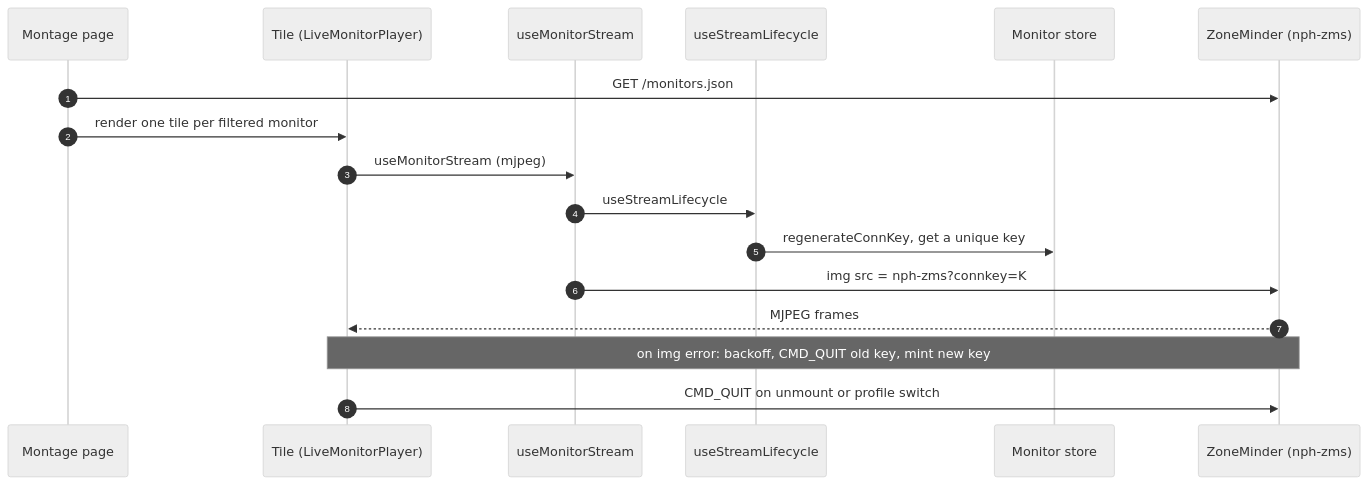
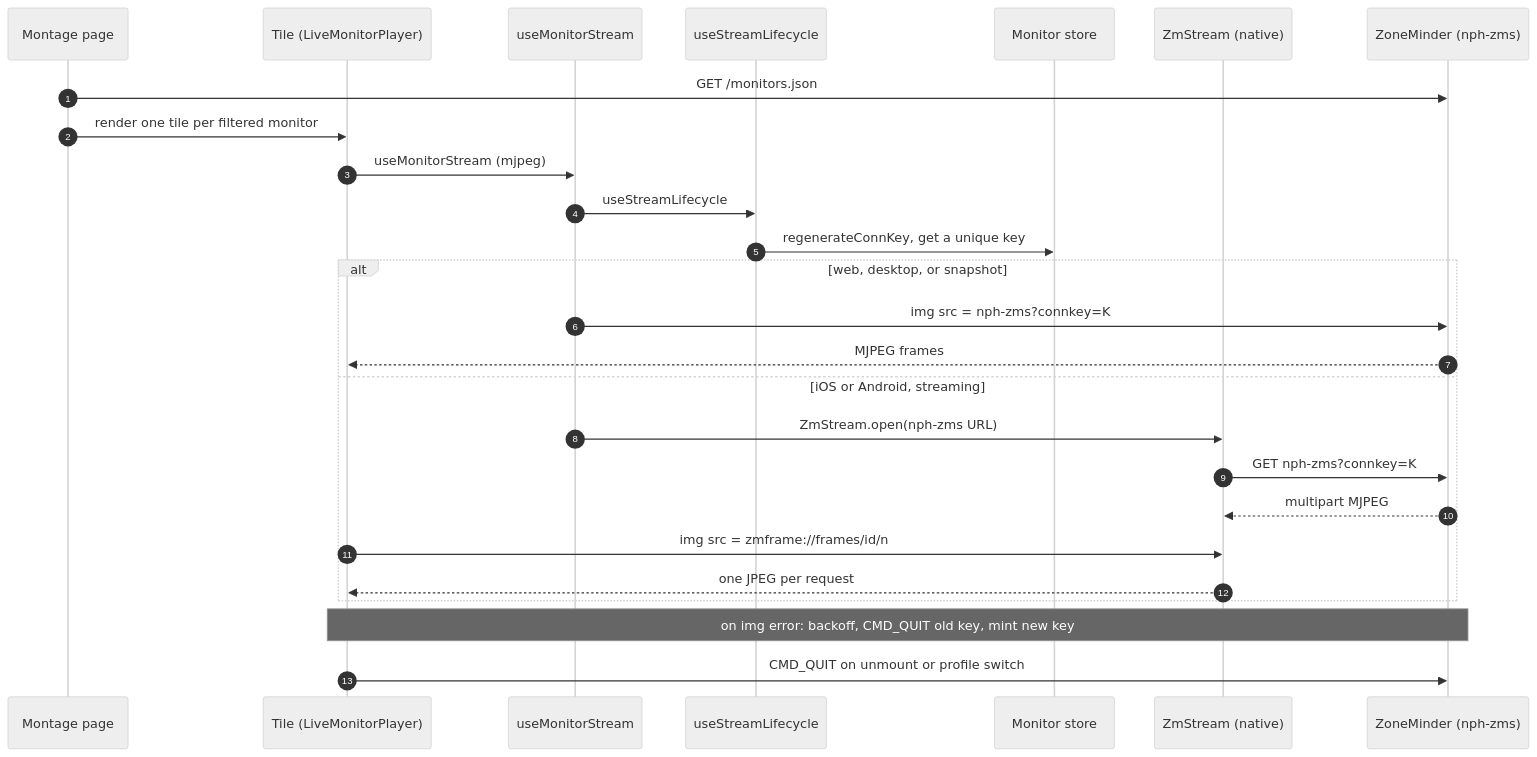
The second of 25 diagrams in docs/developer-guide/call-flows.rst (ZoneMinder/zmNinjaNg), drawn with Mermaid (neutral theme) before and after one commit. The commit also changed other lines of this file and 7 other files, not shown here.

Commit message:
docs: native MJPEG frames lift the mobile stream limit

```diff
--- a/docs/developer-guide/call-flows.rst
+++ b/docs/developer-guide/call-flows.rst
@@ -230,20 +230,29 @@
 .. mermaid::
 
    sequenceDiagram
        autonumber
        participant Page as Montage page
        participant Tile as Tile (LiveMonitorPlayer)
        participant Stream as useMonitorStream
        participant Life as useStreamLifecycle
        participant Store as Monitor store
+       participant Native as ZmStream (native)
        participant ZM as ZoneMinder (nph-zms)
 
        Page->>ZM: GET /monitors.json
        Page->>Tile: render one tile per filtered monitor
        Tile->>Stream: useMonitorStream (mjpeg)
        Stream->>Life: useStreamLifecycle
        Life->>Store: regenerateConnKey, get a unique key
-       Stream->>ZM: img src = nph-zms?connkey=K
-       ZM-->>Tile: MJPEG frames
+       alt web, desktop, or snapshot
+           Stream->>ZM: img src = nph-zms?connkey=K
+           ZM-->>Tile: MJPEG frames
+       else iOS or Android, streaming
+           Stream->>Native: ZmStream.open(nph-zms URL)
+           Native->>ZM: GET nph-zms?connkey=K
+           ZM-->>Native: multipart MJPEG
+           Tile->>Native: img src = zmframe://frames/id/n
+           Native-->>Tile: one JPEG per request
+       end
        Note over Tile,ZM: on img error: backoff, CMD_QUIT old key, mint new key
        Tile->>ZM: CMD_QUIT on unmount or profile switch
```
